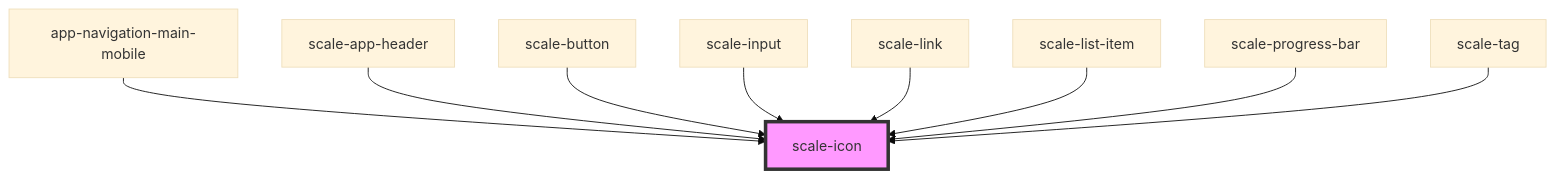
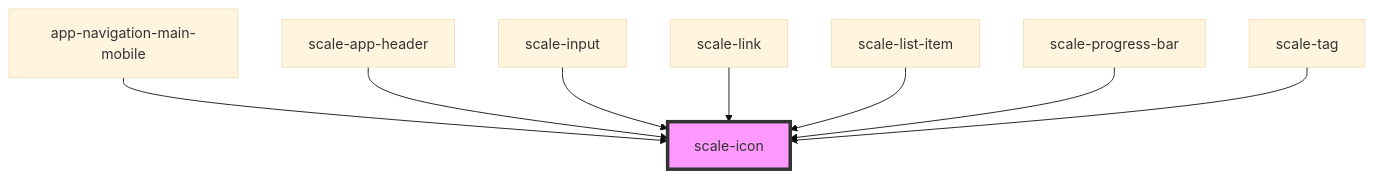
The diagram in packages/components/src/components/icon/readme.md (gaurishkamat/scale), drawn with Mermaid (base theme) before and after one commit. The commit also changed other lines of this file and 9 other files, not shown here.

````diff
--- a/packages/components/src/components/icon/readme.md
+++ b/packages/components/src/components/icon/readme.md
@@ -37,12 +36,11 @@
 ```mermaid
 graph TD;
   app-navigation-main-mobile --> scale-icon
   scale-app-header --> scale-icon
-  scale-button --> scale-icon
   scale-input --> scale-icon
   scale-link --> scale-icon
   scale-list-item --> scale-icon
   scale-progress-bar --> scale-icon
   scale-tag --> scale-icon
   style scale-icon fill:#f9f,stroke:#333,stroke-width:4px
 ```
````
